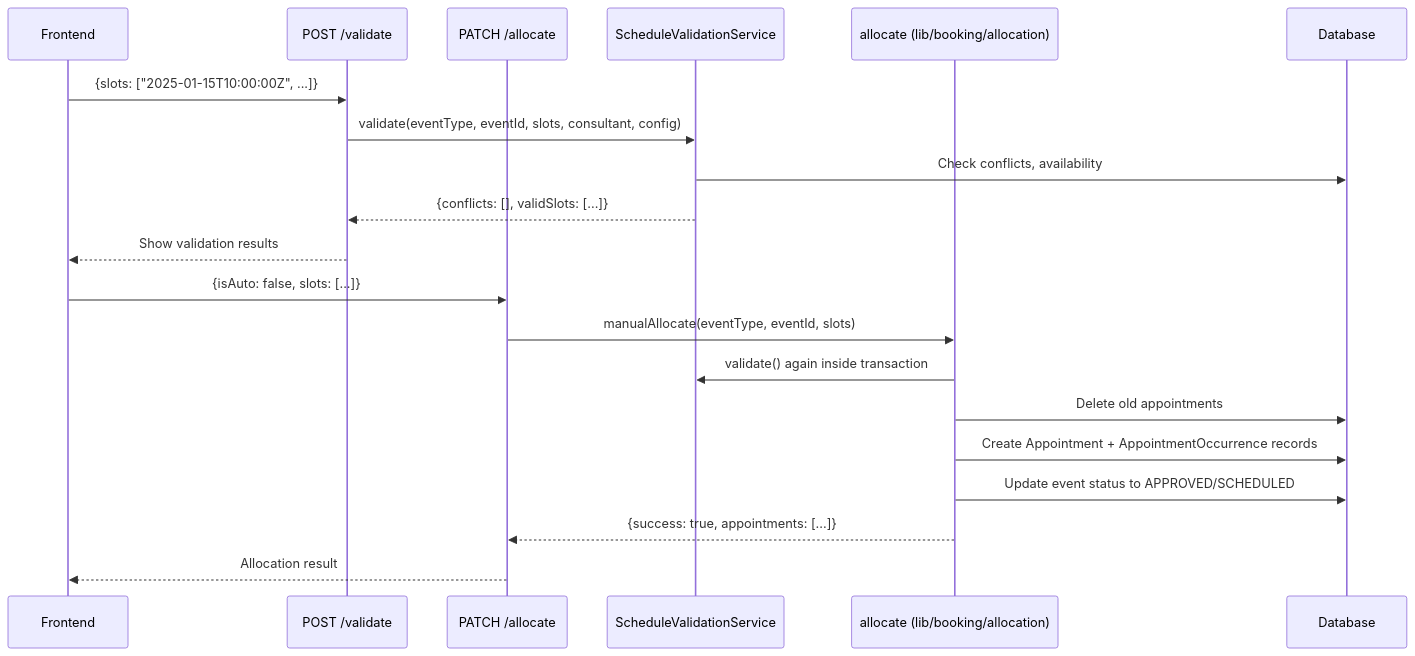
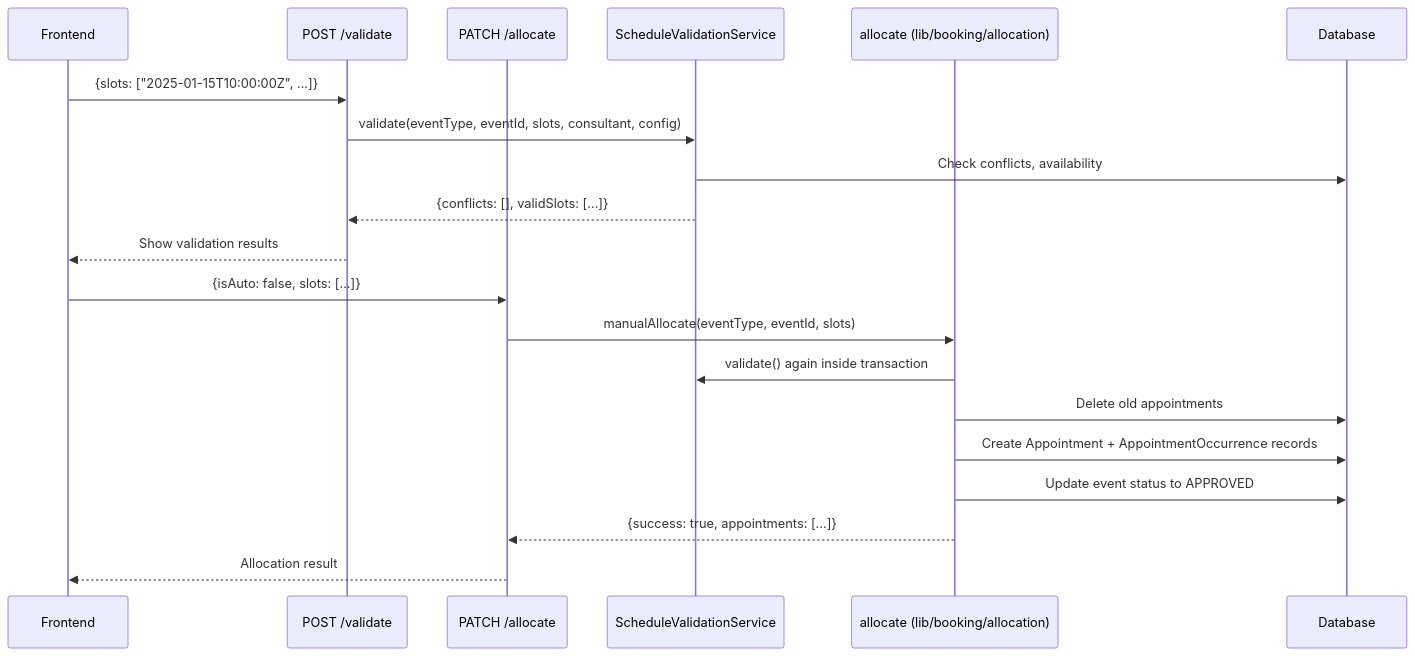
The fourth of 6 diagrams in docs/booking/01-architecture.md (Practitionist/familiarise_web), drawn with Mermaid before and after one commit. The commit also changed 12 other files, not shown here.

````diff
--- a/docs/booking/01-architecture.md
+++ b/docs/booking/01-architecture.md
@@ -235,24 +235,24 @@
 ```mermaid
 sequenceDiagram
     participant UI as Frontend
     participant VA as POST /validate
     participant AL as PATCH /allocate
     participant SV as ScheduleValidationService
     participant SA as allocate (lib/booking/allocation)
     participant DB as Database
 
     UI->>VA: {slots: ["2025-01-15T10:00:00Z", ...]}
     VA->>SV: validate(eventType, eventId, slots, consultant, config)
     SV->>DB: Check conflicts, availability
     SV-->>VA: {conflicts: [], validSlots: [...]}
     VA-->>UI: Show validation results
 
     UI->>AL: {isAuto: false, slots: [...]}
     AL->>SA: manualAllocate(eventType, eventId, slots)
     SA->>SV: validate() again inside transaction
     SA->>DB: Delete old appointments
     SA->>DB: Create Appointment + AppointmentOccurrence records
-    SA->>DB: Update event status to APPROVED/SCHEDULED
+    SA->>DB: Update event status to APPROVED
     SA-->>AL: {success: true, appointments: [...]}
     AL-->>UI: Allocation result
 ```
````
